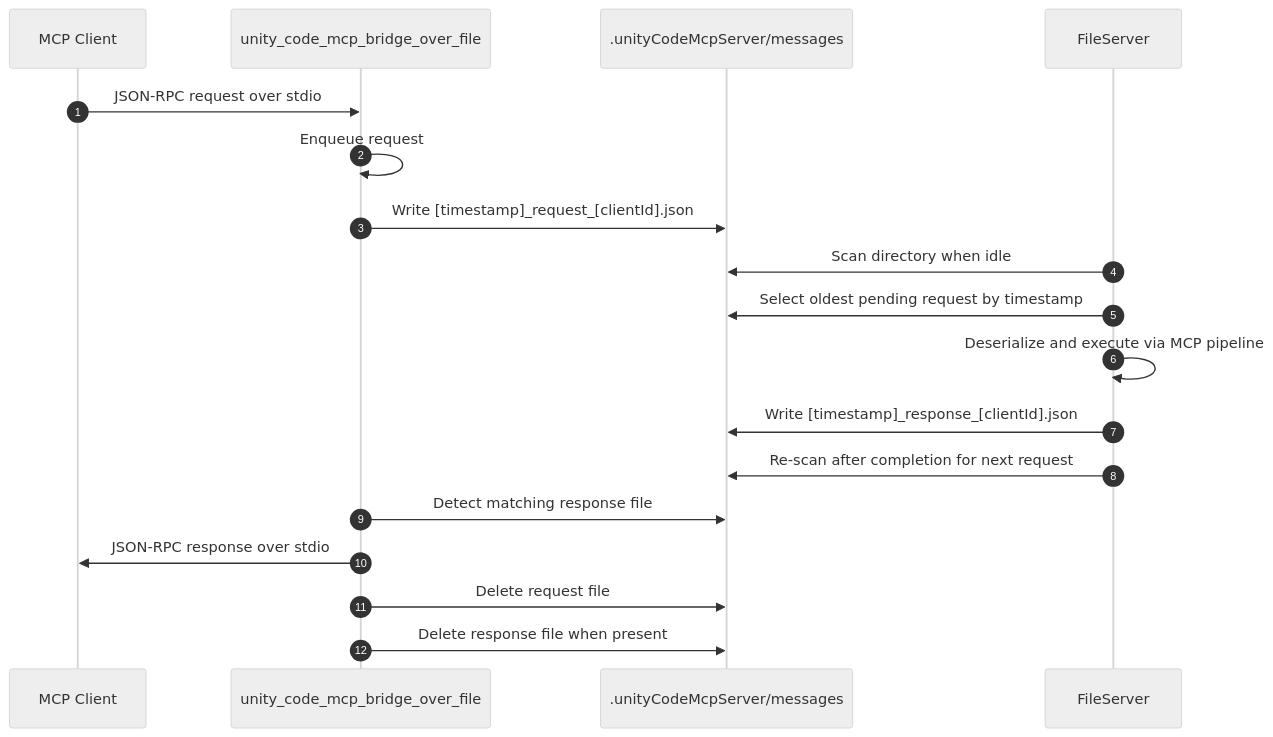
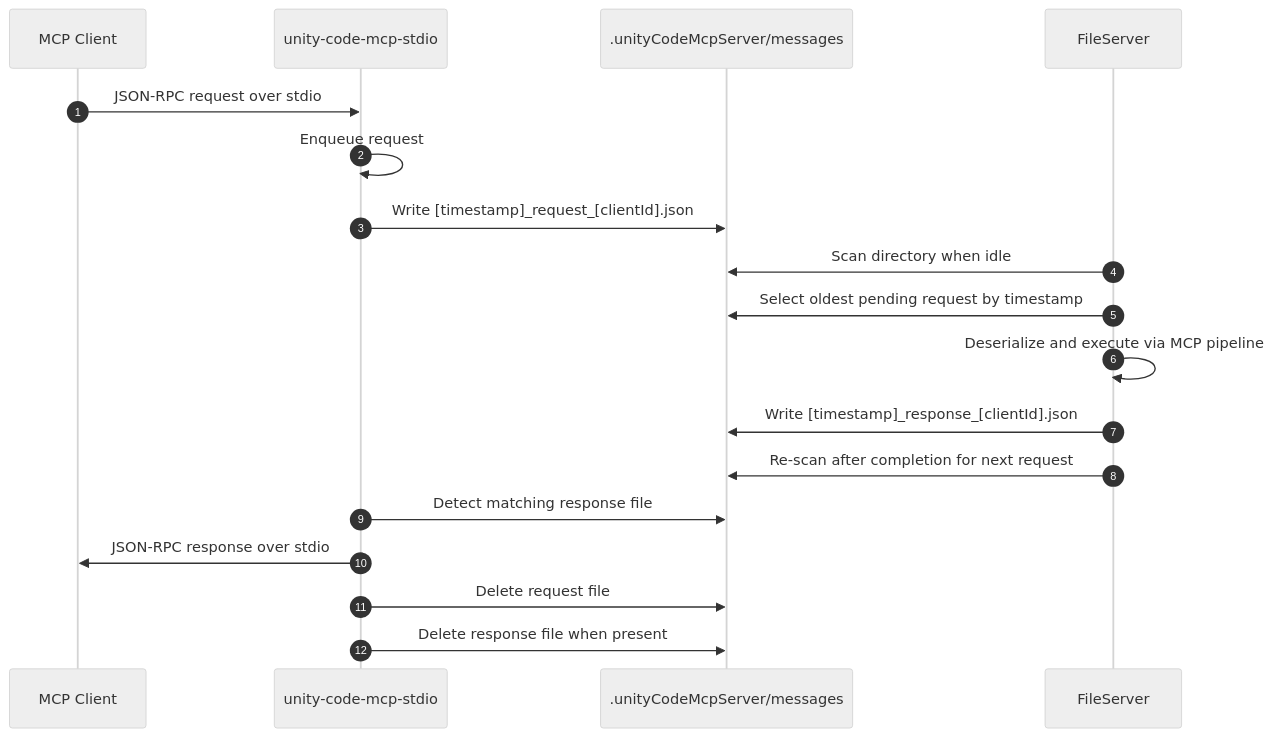
Before and after one commit to zamgune/UnityCodeMCPServer: the first of 3 diagrams in Dev/FileServerDesign.md, drawn with Mermaid (neutral theme). The commit also changed other lines of this file and 11 other files, not shown here.

First line of the commit message:
Refactor Unity Code MCP STDIO Bridge

````diff
--- a/Dev/FileServerDesign.md
+++ b/Dev/FileServerDesign.md
@@ -64,21 +64,21 @@
 ```mermaid
 sequenceDiagram
     autonumber
     participant C as MCP Client
-    participant B as unity_code_mcp_bridge_over_file
+    participant B as unity-code-mcp-stdio
     participant D as .unityCodeMcpServer/messages
     participant U as FileServer
 
     C->>B: JSON-RPC request over stdio
     B->>B: Enqueue request
     B->>D: Write [timestamp]_request_[clientId].json
     U->>D: Scan directory when idle
     U->>D: Select oldest pending request by timestamp
     U->>U: Deserialize and execute via MCP pipeline
     U->>D: Write [timestamp]_response_[clientId].json
     U->>D: Re-scan after completion for next request
     B->>D: Detect matching response file
     B->>C: JSON-RPC response over stdio
     B->>D: Delete request file
     B->>D: Delete response file when present
 ```
````
